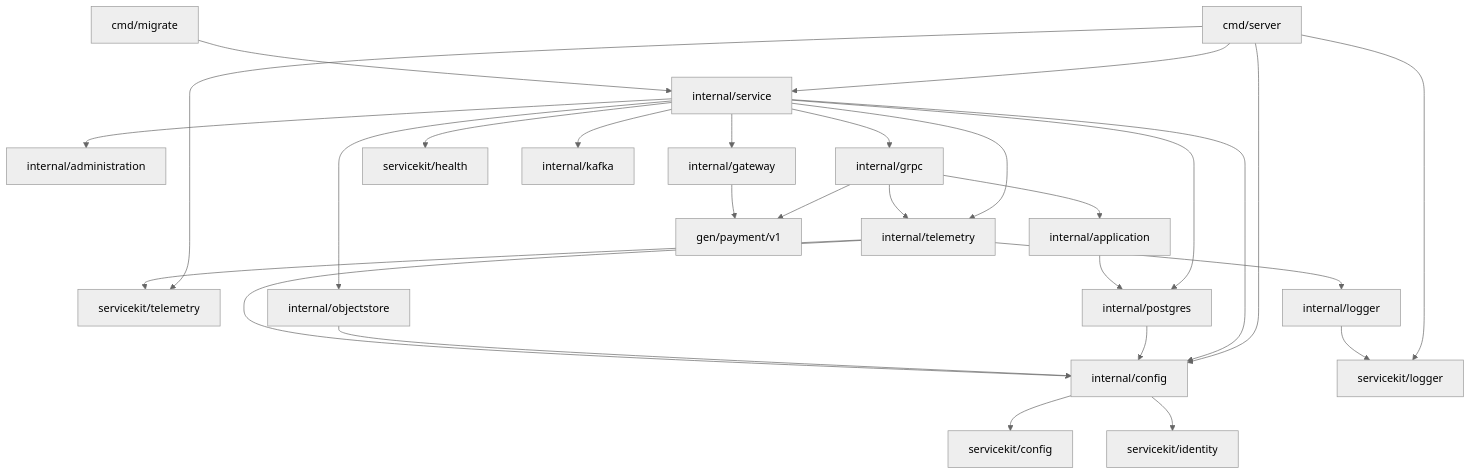
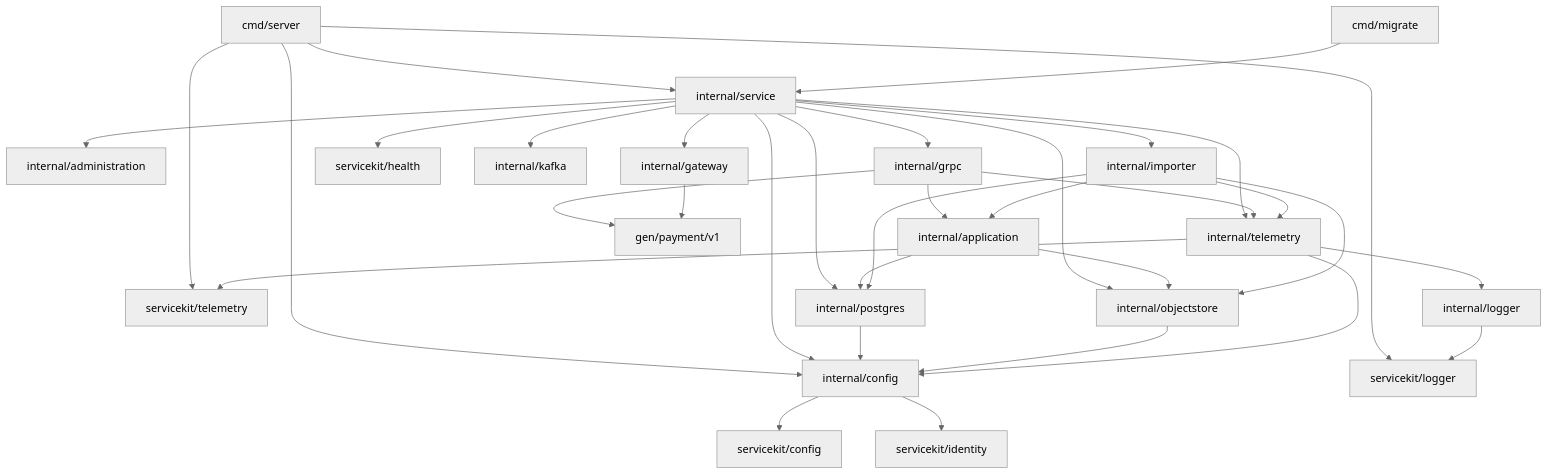
Before and after one commit to igor-baiborodine/insurance-hub: the diagram in services/payment-service/README.md, drawn with Mermaid (neutral theme). The commit also changed other lines of this file and 32 other files, not shown here.

````diff
--- a/services/payment-service/README.md
+++ b/services/payment-service/README.md
@@ -387,30 +392,36 @@
 ```mermaid
 flowchart TD
     entry["cmd/server"] --> composition["internal/service"]
     migrate["cmd/migrate"] --> composition
     composition --> administration["internal/administration"]
     entry --> config["internal/config"]
     entry --> sharedLogger["servicekit/logger"]
     entry --> sharedTelemetry["servicekit/telemetry"]
     composition --> grpc["internal/grpc"]
     composition --> gateway["internal/gateway"]
     composition --> health["servicekit/health"]
     composition --> telemetry["internal/telemetry"]
     composition --> config
     composition --> postgres["internal/postgres"]
     composition --> objectstore["internal/objectstore"]
     composition --> kafka["internal/kafka"]
+    composition --> importer["internal/importer"]
     postgres --> config
     objectstore --> config
     grpc --> telemetry
     grpc --> application["internal/application"]
     application --> postgres
+    application --> objectstore
+    importer --> application
+    importer --> postgres
+    importer --> objectstore
+    importer --> telemetry
     grpc --> generated["gen/payment/v1"]
     gateway --> generated
     telemetry --> config
     telemetry --> logger["internal/logger"]
     telemetry --> sharedTelemetry
     logger --> sharedLogger
     config --> sharedConfig["servicekit/config"]
     config --> sharedIdentity["servicekit/identity"]
 ```
````
